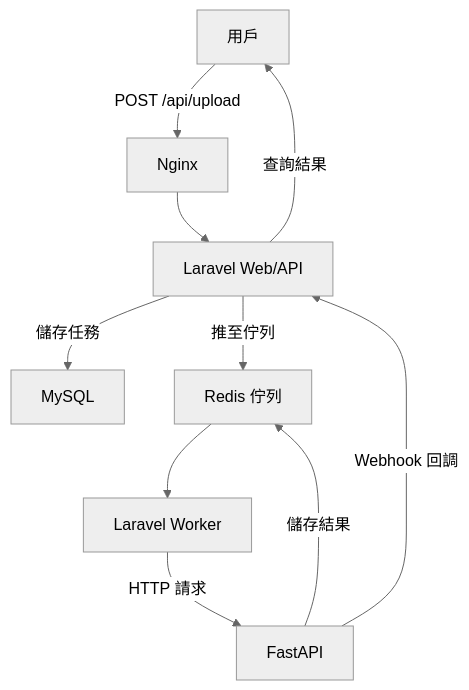
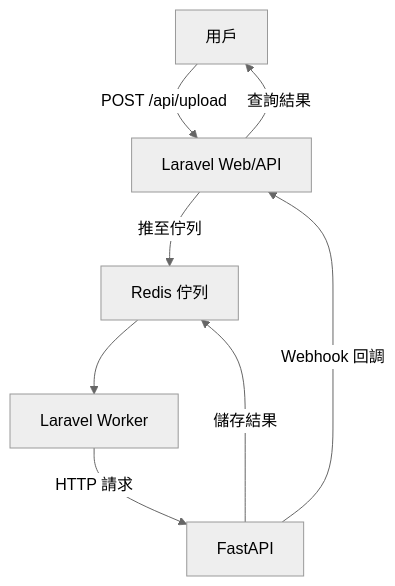
Before and after one commit to BpsEason/InsightForge: the diagram in README.md, drawn with Mermaid (neutral theme). The commit also changed other lines of this file, not shown here.

````diff
--- a/README.md
+++ b/README.md
@@ -26,12 +26,10 @@
 ```mermaid
 graph TD
-    A[用戶] -->|POST /api/upload| B[Nginx]
-    B --> C[Laravel Web/API]
-    C -->|儲存任務| D[MySQL]
-    C -->|推至佇列| E[Redis 佇列]
-    E --> F[Laravel Worker]
-    F -->|HTTP 請求| G[FastAPI]
-    G -->|儲存結果| E
-    G -->|Webhook 回調| C
-    C -->|查詢結果| A
+    A[用戶] -->|POST /api/upload| B[Laravel Web/API]
+    B -->|推至佇列| C[Redis 佇列]
+    C --> D[Laravel Worker]
+    D -->|HTTP 請求| E[FastAPI]
+    E -->|儲存結果| C
+    E -->|Webhook 回調| B
+    B -->|查詢結果| A
 ```
````
